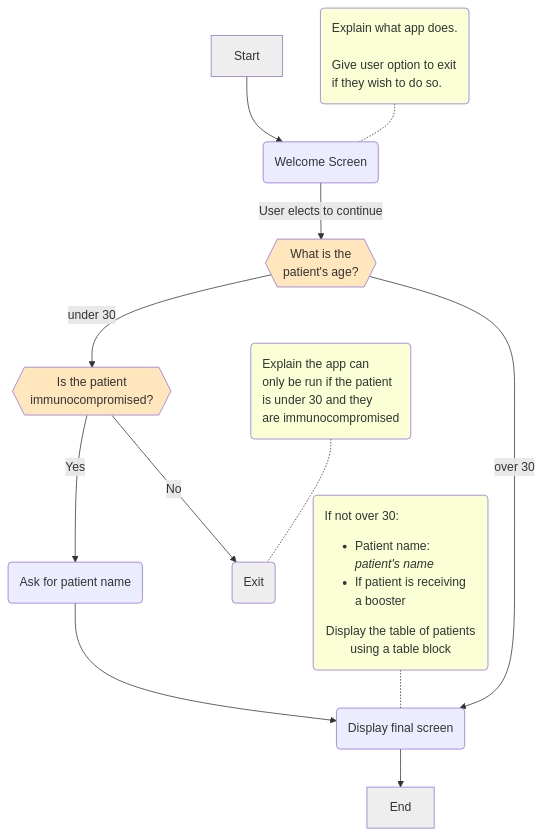
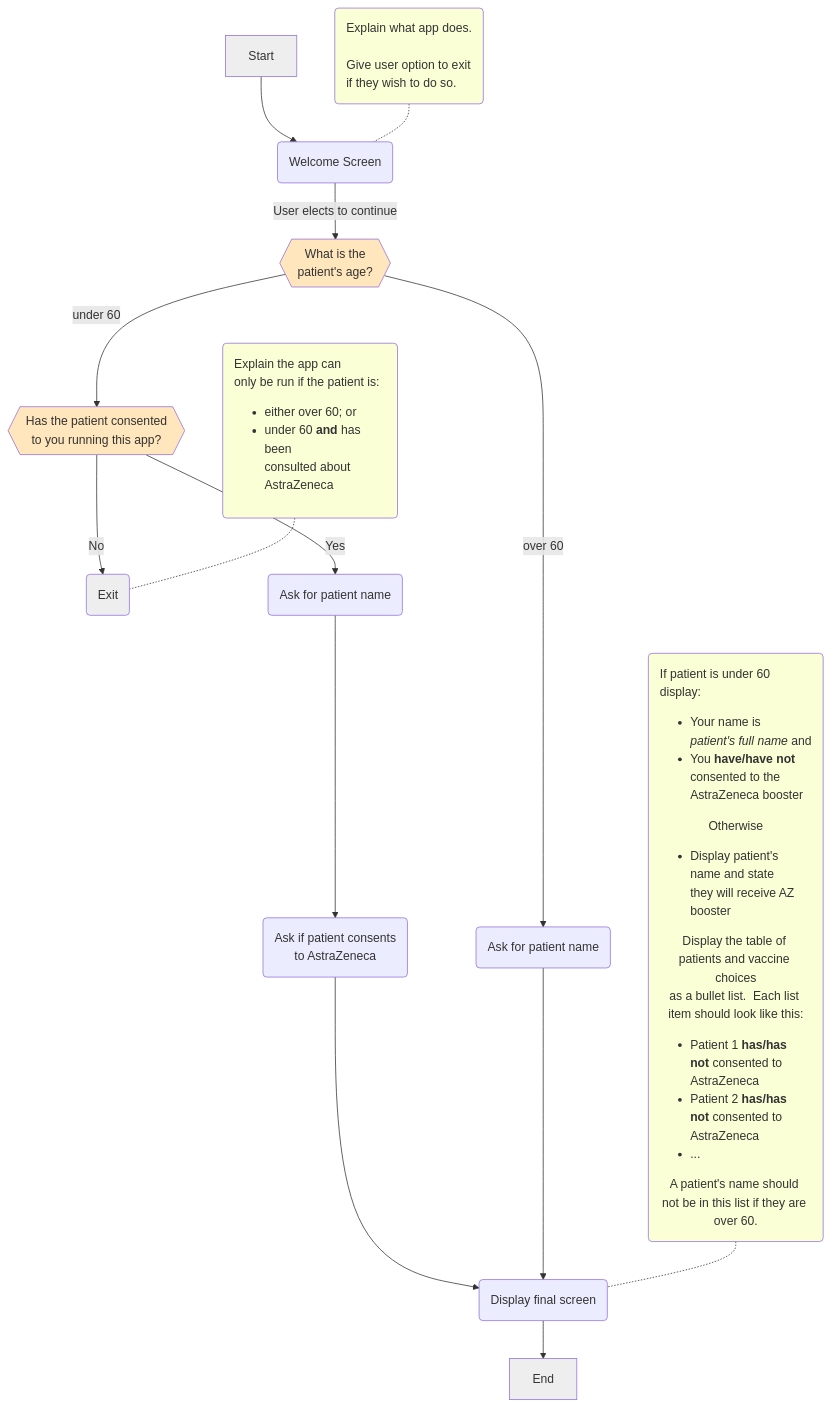
The diagram in textbook-source/docs/coding_exercises/_ex2f.mdx (FlindersLaw/textbook), drawn with Mermaid before and after one commit. The commit also changed other lines of this file and 4 other files, not shown here.

````diff
--- a/textbook-source/docs/coding_exercises/_ex2f.mdx
+++ b/textbook-source/docs/coding_exercises/_ex2f.mdx
@@ -12,36 +17,38 @@
 ```mermaid
 flowchart TD;
     id0[Start]
     id0 --> id1(Welcome Screen)
     id1 -- User elects to continue --> id2{{What is the<br>patient's age?}}
-    id2 -- under 30 --> id3{{Is the patient<br>immunocompromised?}}
-    id2 -- over 30 --> id4(Display final screen)
+    id2 -- under 60 --> id3{{Has the patient consented<br>to you running this app?}}
+    id3 -- No --> id4(Exit)
     id3 -- Yes --> id5(Ask for patient name)
-    id3 -- No --> id6(Exit)
-    id5 --> id4
-    id4 --> id7[End]
+    id5 --> id6(Ask if patient consents<br>to AstraZeneca)
+    id2 -- over 60 --> id7(Ask for patient name)
+    id6 --> id8(Display final screen)
+    id7 --> id8
+    id8 --> id9[End]
 
 
     %% Define the comments here and then assign them below
     %% Assign comments to elements in the flowchart
     co1(Explain what app does.<br><br>Give user option to exit<br>if they wish to do so.)
-    co2(Explain the app can<br>only be run if the patient<br>is under 30 and they<br> are immunocompromised)
-    co3(If not over 30:<ul><li>Patient name: <i>patient's name</i></li><li>If patient is receiving a booster</li></ul>Display the table of patients<br>using a table block)
+    co2(Explain the app can<br>only be run if the patient is:<ul><li>either over 60; or</li><li>under 60 <strong>and</strong> has been<br>consulted about<br>AstraZeneca</li></ul>)
+    co3(If patient is under 60 display:<ul><li>Your name is <em>patient's full name</em> and</li><li>You <strong>have/have not</strong><br>consented to the AstraZeneca booster</li></ul>Otherwise<ul><li>Display patient's name and state<br>they will receive AZ booster</li></ul>Display the table of patients and vaccine choices<br>as a bullet list.  Each list item should look like this:<ul><li>Patient 1 <strong>has/has not</strong> consented to AstraZeneca</li><li>Patient 2 <strong>has/has not</strong> consented to AstraZeneca</li><li>...</li></ul>A patient's name should not be in this list if they are over 60.)
 
     co1 -.- id1
-    co2 -.- id6
-    co3 -.- id4
+    co2 -.- id4
+    co3 -.- id8
 
     %% Define styles for flowchart items.  We want to make comments yellow
     %% and have a larger font size for regular items
     classDef commentClass fill:#faffd6,text-align:left
     classDef questionClass fill:#ffe6bc
     classDef boundaryClass fill:#eeeeee,text-fill-color:#fff
     classDef itemClass font-size:16pt
     classDef leftListClass text-align:left
 
     %% Then assign flowchart items to styles here
     class co1,co2,co3 commentClass; 
     class id2,id3 questionClass
-    class id0,id6,id7 boundaryClass
+    class id0,id4,id9 boundaryClass
 ```
````
